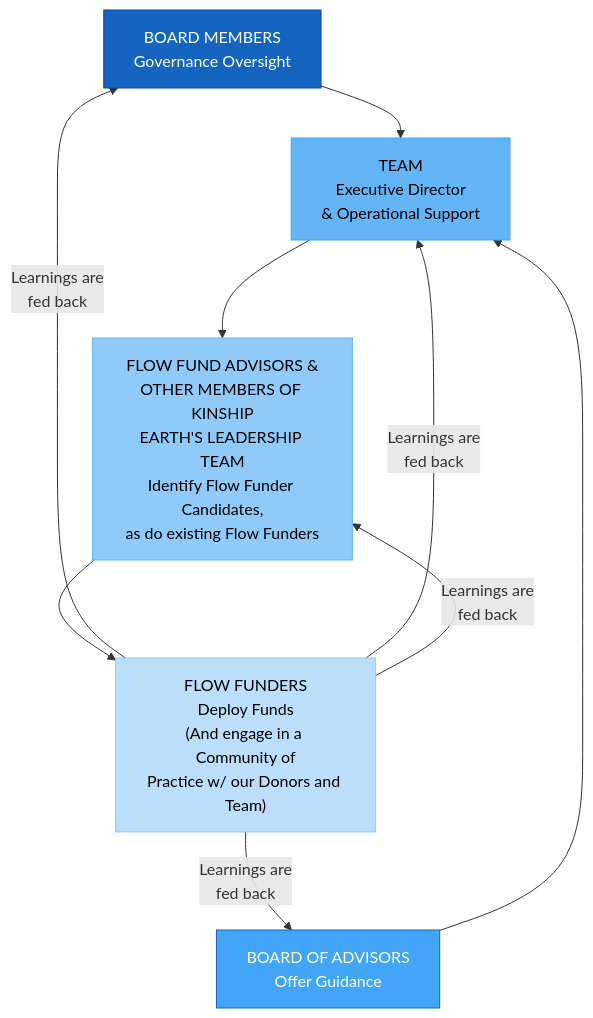
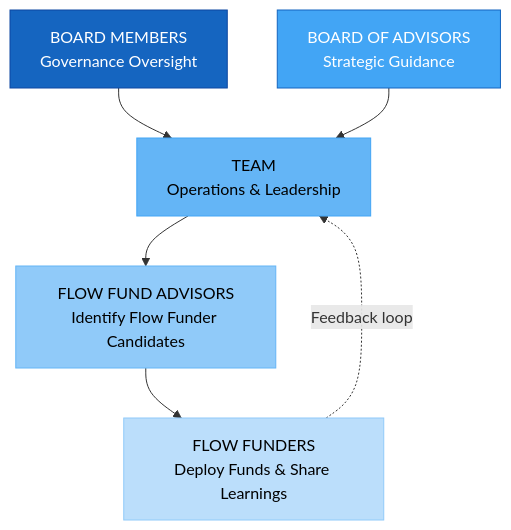
Before and after one commit to Light-Brands/sydney: the third of 4 diagrams in kinship-earth/EXECUTIVE-SUMMARY.md, drawn with Mermaid.

Commit message:
Simplify governance structure diagram in executive summary
Reduce visual clutter by shortening node labels, consolidating
four separate feedback arrows into a single dashed feedback loop,
and trimming verbose descriptions in the Flow Fund Advisors node.

https://claude.ai/code/session_016225rJW2pBJXPqHcCL7eUV

````diff
--- a/kinship-earth/EXECUTIVE-SUMMARY.md
+++ b/kinship-earth/EXECUTIVE-SUMMARY.md
@@ -172,23 +172,20 @@
 ```mermaid
 flowchart TD
     BOARD["BOARD MEMBERS<br/>Governance Oversight"]
-    BOA["BOARD OF ADVISORS<br/>Offer Guidance"]
-    TEAM["TEAM<br/>Executive Director<br/>& Operational Support"]
-    FFA["FLOW FUND ADVISORS &<br/>OTHER MEMBERS OF KINSHIP<br/>EARTH'S LEADERSHIP TEAM<br/>Identify Flow Funder Candidates,<br/>as do existing Flow Funders"]
-    FF["FLOW FUNDERS<br/>Deploy Funds<br/>(And engage in a Community of<br/>Practice w/ our Donors and Team)"]
+    BOA["BOARD OF ADVISORS<br/>Strategic Guidance"]
+    TEAM["TEAM<br/>Operations & Leadership"]
+    FFA["FLOW FUND ADVISORS<br/>Identify Flow Funder Candidates"]
+    FF["FLOW FUNDERS<br/>Deploy Funds & Share Learnings"]
 
     BOARD --> TEAM
     BOA --> TEAM
     TEAM --> FFA
     FFA --> FF
-    FF -->|"Learnings are<br/>fed back"| BOARD
-    FF -->|"Learnings are<br/>fed back"| BOA
-    FF -->|"Learnings are<br/>fed back"| TEAM
-    FF -->|"Learnings are<br/>fed back"| FFA
+    FF -.->|"Feedback loop"| TEAM
 
     style BOARD fill:#1565C0,stroke:#0D47A1,color:#fff
     style BOA fill:#42A5F5,stroke:#1565C0,color:#fff
     style TEAM fill:#64B5F6,stroke:#42A5F5,color:#000
     style FFA fill:#90CAF9,stroke:#64B5F6,color:#000
     style FF fill:#BBDEFB,stroke:#90CAF9,color:#000
 ```
````
